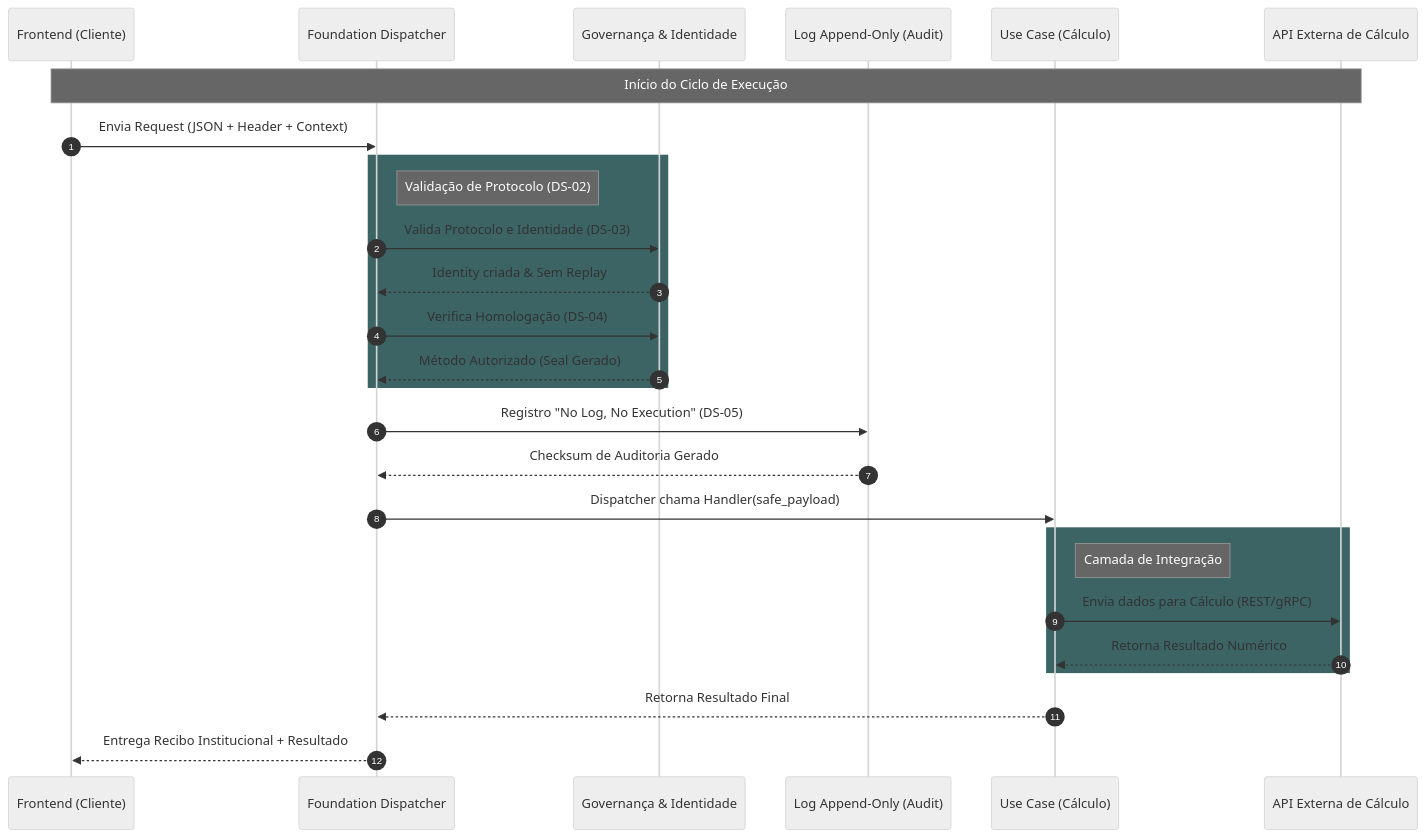
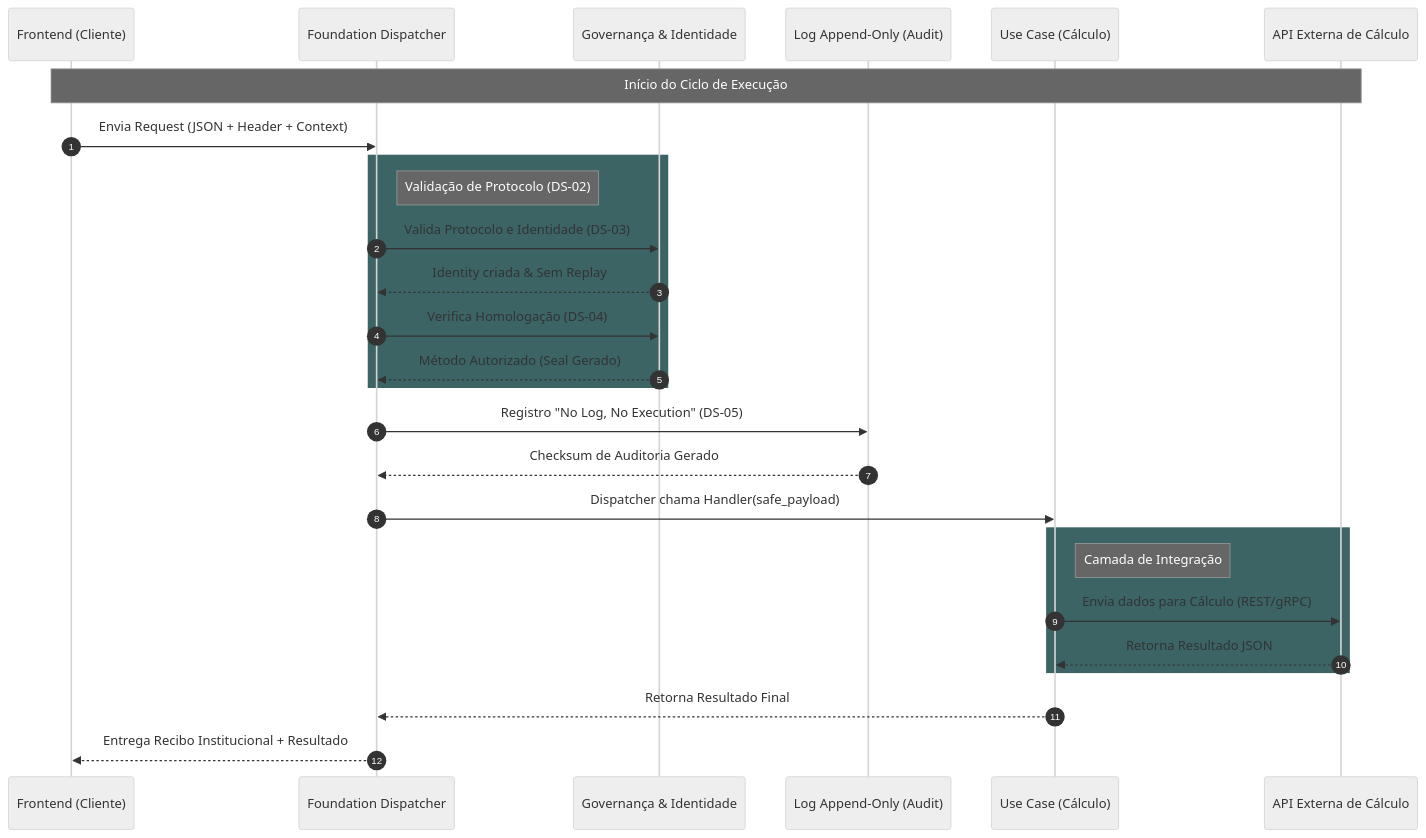
One commit to Pireddas/pireddas changed the first of 3 diagrams in README.md. Above: the diagram before and after it, drawn with Mermaid (neutral theme).

Commit message:
Change API response

````diff
--- a/README.md
+++ b/README.md
@@ -210,38 +210,38 @@
 ```mermaid
 sequenceDiagram
     autonumber
     participant Front as Frontend (Cliente)
     participant Disp as Foundation Dispatcher
     participant Gov as Governança & Identidade
     participant Log as Log Append-Only (Audit)
     participant UC as Use Case (Cálculo)
     participant API as API Externa de Cálculo
 
     Note over Front, API: Início do Ciclo de Execução
 
     Front->>Disp: Envia Request (JSON + Header + Context)
     
     rect rgb(60, 100, 100)
         Note right of Disp: Validação de Protocolo (DS-02)
         Disp->>Gov: Valida Protocolo e Identidade (DS-03)
         Gov-->>Disp: Identity criada & Sem Replay
         
         Disp->>Gov: Verifica Homologação (DS-04)
         Gov-->>Disp: Método Autorizado (Seal Gerado)
     end
 
     Disp->>Log: Registro "No Log, No Execution" (DS-05)
     Log-->>Disp: Checksum de Auditoria Gerado
 
     Disp->>UC: Dispatcher chama Handler(safe_payload)
     
     rect rgb(60, 100, 100)
         Note right of UC: Camada de Integração
         UC->>API: Envia dados para Cálculo (REST/gRPC)
-        API-->>UC: Retorna Resultado Numérico
+        API-->>UC: Retorna Resultado JSON
     end
 
     UC-->>Disp: Retorna Resultado Final
     Disp-->>Front: Entrega Recibo Institucional + Resultado
 
 ```
````
